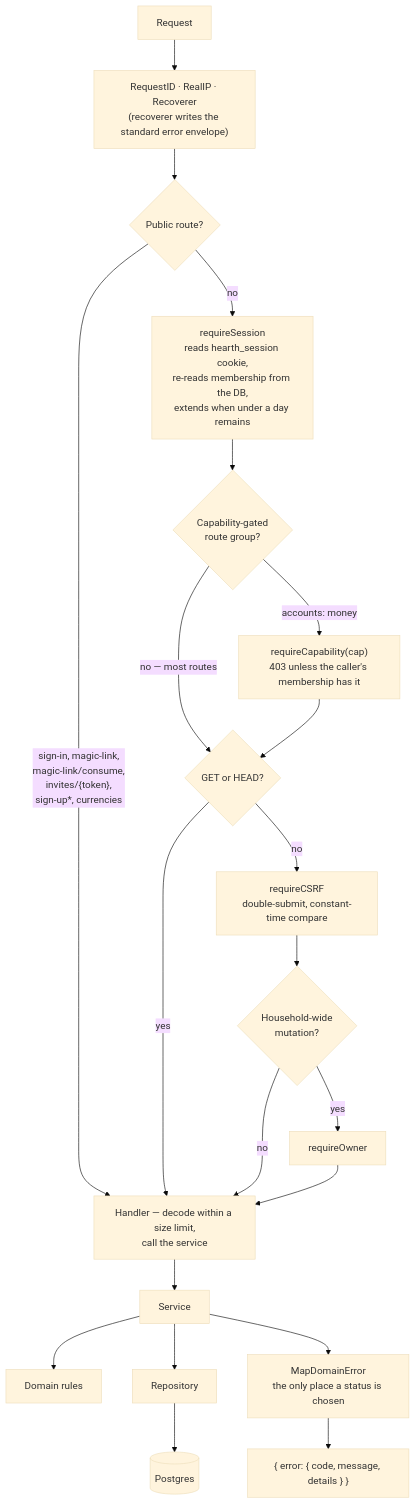
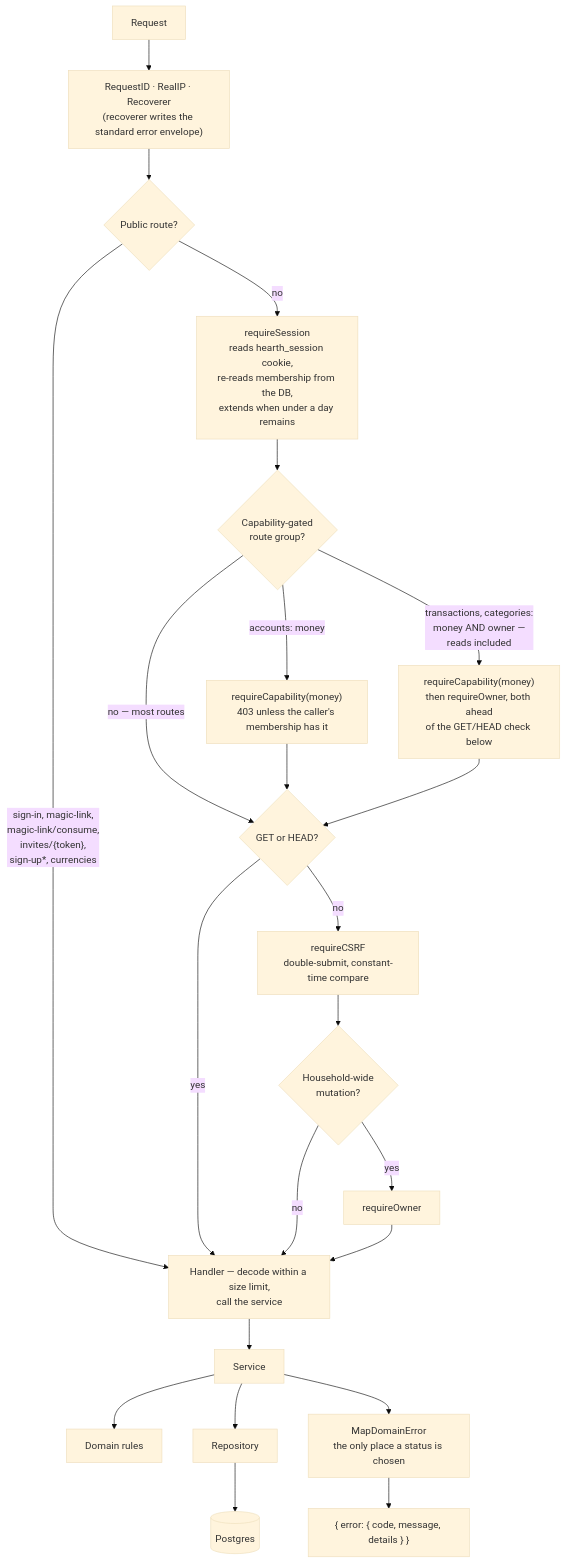
One commit to oandrz/Household changed the third of 11 diagrams in docs/SYSTEM_DESIGN.md. Above: the diagram before and after it, drawn with Mermaid (base theme). The commit also changed other lines of this file and 3 other files, not shown here.

````diff
--- a/docs/SYSTEM_DESIGN.md
+++ b/docs/SYSTEM_DESIGN.md
@@ -170,27 +178,29 @@
 ```mermaid
 graph TD
     Req["Request"] --> RID["RequestID · RealIP · Recoverer<br/>(recoverer writes the standard error envelope)"]
     RID --> Public{"Public route?"}
 
     Public -->|"sign-in, magic-link,<br/>magic-link/consume,<br/>invites/{token},<br/>sign-up*, currencies"| Handler
     Public -->|no| Session["requireSession<br/>reads hearth_session cookie,<br/>re-reads membership from the DB,<br/>extends when under a day remains"]
 
     Session --> Cap{"Capability-gated<br/>route group?"}
-    Cap -->|"accounts: money"| RequireCap["requireCapability(cap)<br/>403 unless the caller's membership has it"]
+    Cap -->|"accounts: money"| RequireCap["requireCapability(money)<br/>403 unless the caller's membership has it"]
+    Cap -->|"transactions, categories:<br/>money AND owner —<br/>reads included"| RequireCapTxn["requireCapability(money)<br/>then requireOwner, both ahead<br/>of the GET/HEAD check below"]
     Cap -->|"no — most routes"| Safe{"GET or HEAD?"}
     RequireCap --> Safe
+    RequireCapTxn --> Safe
     Safe -->|yes| Handler
     Safe -->|no| CSRF["requireCSRF<br/>double-submit, constant-time compare"]
 
     CSRF --> Owner{"Household-wide<br/>mutation?"}
     Owner -->|yes| RequireOwner["requireOwner"]
     Owner -->|no| Handler
     RequireOwner --> Handler
 
     Handler["Handler — decode within a size limit,<br/>call the service"] --> Service["Service"]
     Service --> Domain["Domain rules"]
     Service --> Repo["Repository"]
     Repo --> DB[("Postgres")]
     Service --> MapErr["MapDomainError<br/>the only place a status is chosen"]
     MapErr --> Resp["{ error: { code, message, details } }"]
 ```
````
